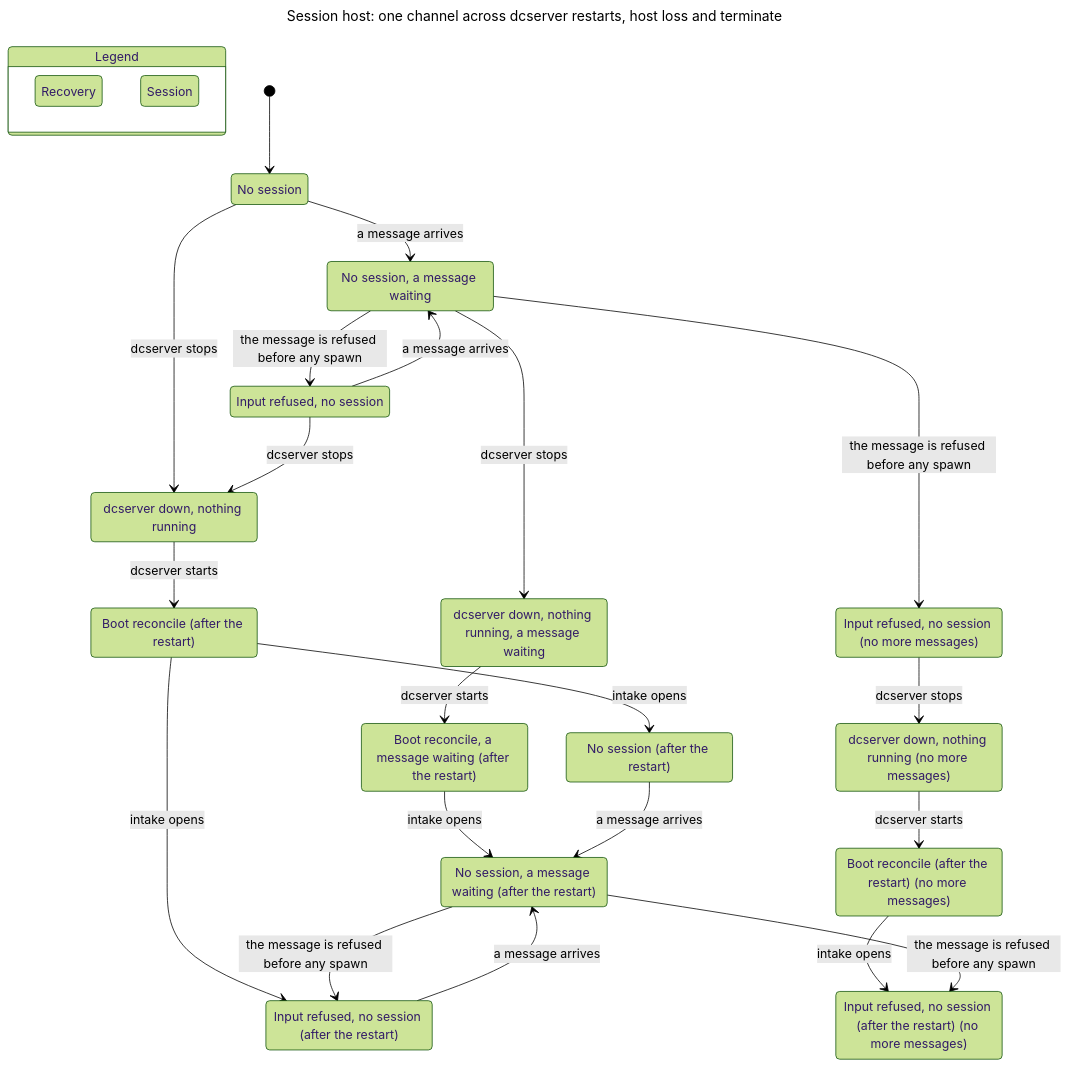
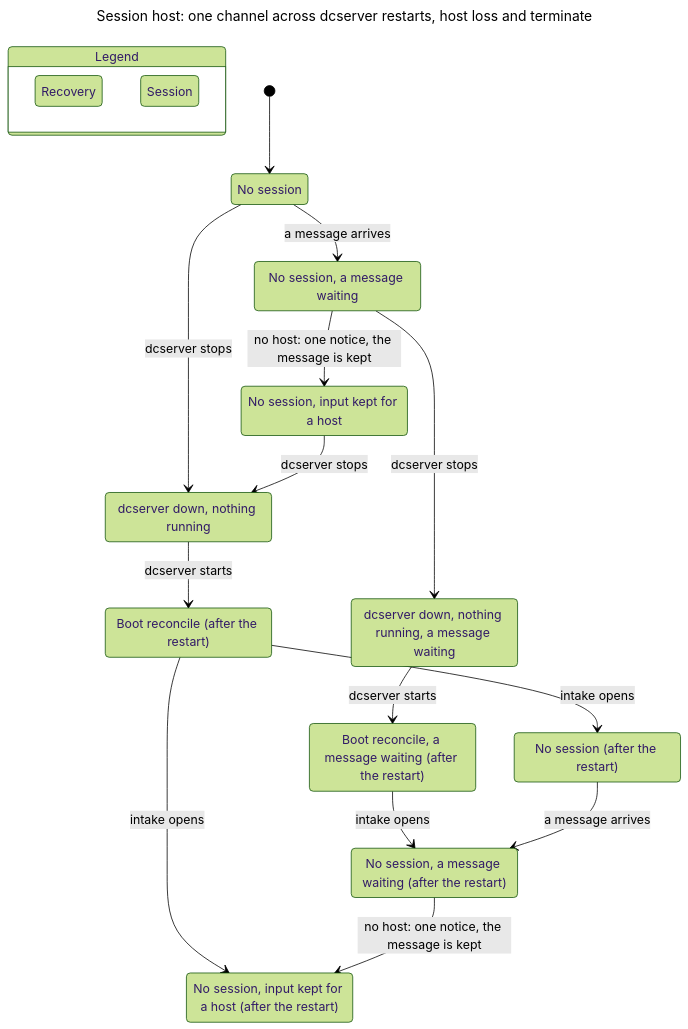
Before and after one commit to itismyfield/AgentDesk: the diagram in docs/statecharts/session-host/session-host-unix-no-tmux.chart.mmd, drawn with Mermaid (forest theme). The commit also changed 39 other files, not shown here.

```diff
--- a/docs/statecharts/session-host/session-host-unix-no-tmux.chart.mmd
+++ b/docs/statecharts/session-host/session-host-unix-no-tmux.chart.mmd
@@ -1,58 +1,43 @@
 ---
 title: "Session host: one channel across dcserver restarts, host loss and terminate"
 ---
 stateDiagram-v2
   state "Legend" as legend {
     lg0: Recovery
     lg1: Session
   }
   class lg0 blue
   class lg1 teal
   s0: No session
   s1: dcserver down, nothing running
   s2: No session, a message waiting
   s3: Boot reconcile (after the restart)
   s4: dcserver down, nothing running, a message waiting
-  s5: Input refused, no session
+  s5: No session, input kept for a host
   s6: Boot reconcile, a message waiting (after the restart)
   s7: No session (after the restart)
   s8: No session, a message waiting (after the restart)
-  s9: Input refused, no session (no more messages)
-  s10: dcserver down, nothing running (no more messages)
-  s11: Input refused, no session (after the restart)
-  s12: Boot reconcile (after the restart) (no more messages)
-  s13: Input refused, no session (after the restart) (no more messages)
+  s9: No session, input kept for a host (after the restart)
   [*] --> s0
   s0 --> s1: dcserver stops
   s0 --> s2: a message arrives
   s1 --> s3: dcserver starts
   s2 --> s4: dcserver stops
-  s2 --> s5: the message is refused before any spawn
+  s2 --> s5: no host: one notice, the message is kept
   s3 --> s7: intake opens
   s4 --> s6: dcserver starts
   s5 --> s1: dcserver stops
-  s5 --> s2: a message arrives
   s6 --> s8: intake opens
-  s2 --> s9: the message is refused before any spawn
   s7 --> s8: a message arrives
-  s3 --> s11: intake opens
-  s8 --> s11: the message is refused before any spawn
-  s9 --> s10: dcserver stops
-  s10 --> s12: dcserver starts
-  s11 --> s8: a message arrives
-  s12 --> s13: intake opens
-  s8 --> s13: the message is refused before any spawn
+  s3 --> s9: intake opens
+  s8 --> s9: no host: one notice, the message is kept
   class s0 teal
   class s1 blue
   class s2 teal
   class s3 blue
   class s4 blue
   class s5 teal
   class s6 blue
   class s7 teal
   class s8 teal
   class s9 teal
-  class s10 blue
-  class s11 teal
-  class s12 blue
-  class s13 teal
```
